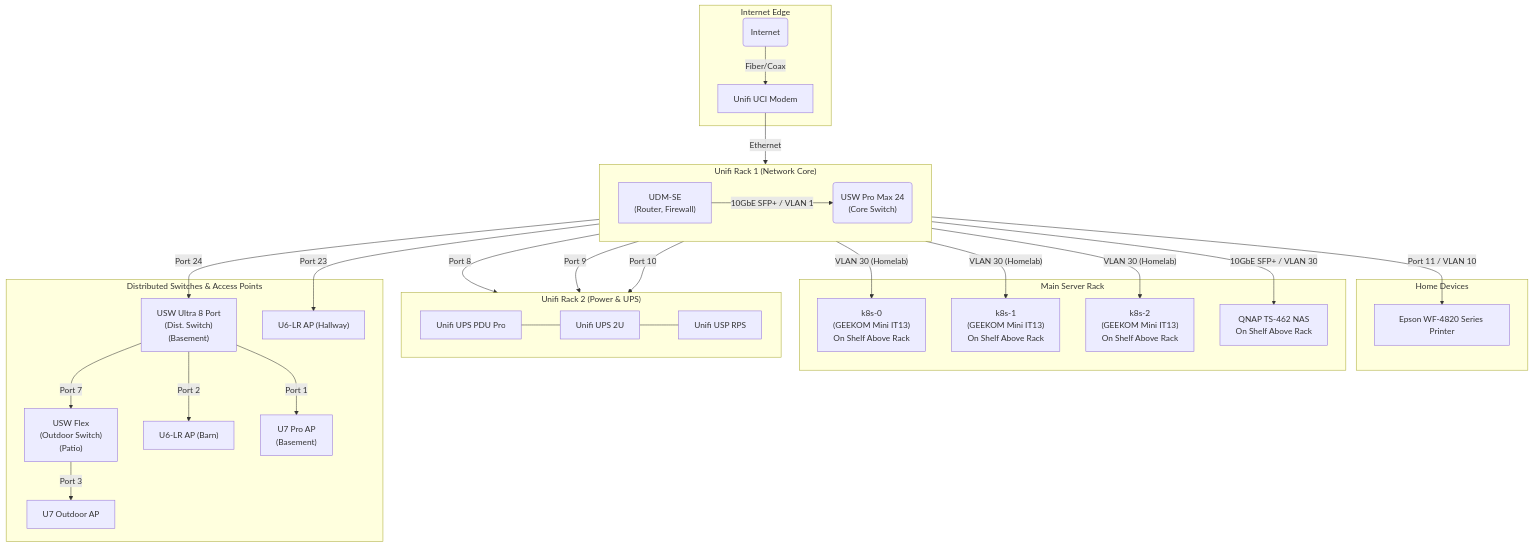
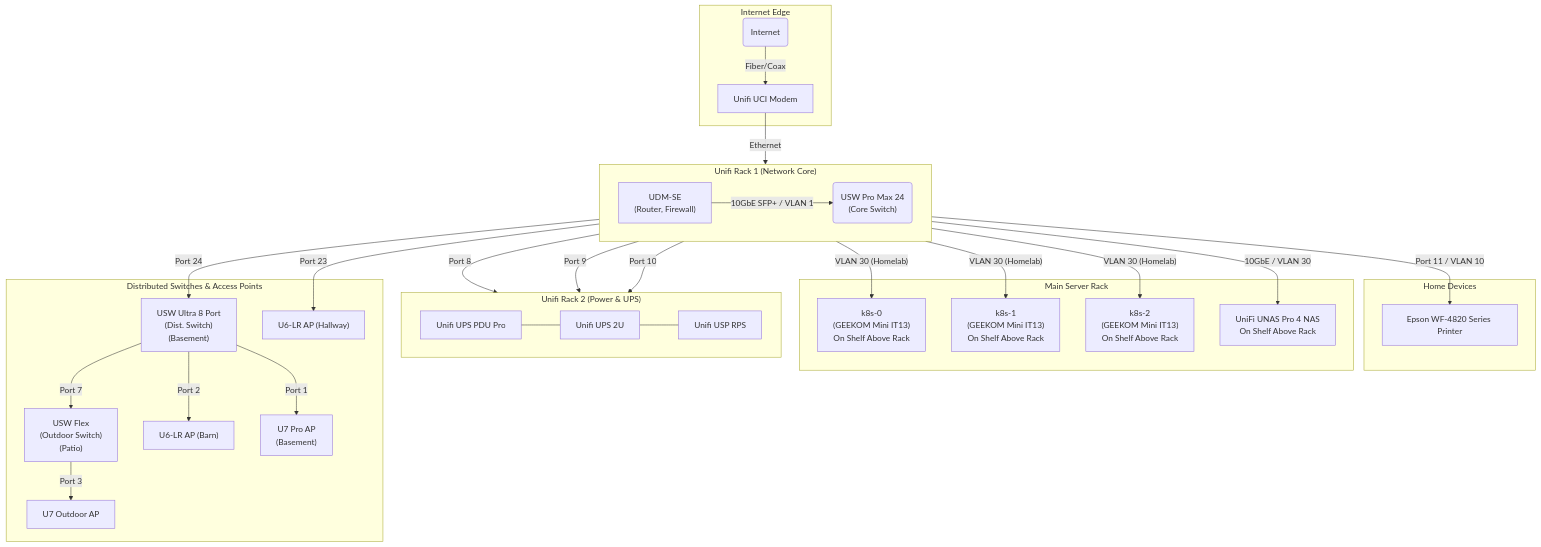
One commit to dmfrey/home-gitops changed the diagram in infrastructure.md. Above: the diagram before and after it, drawn with Mermaid. The commit also changed 3 other files, not shown here.

First line of the commit message:
docs(infra,homepage): reflect QNAP to UNAS Pro 4 NAS migration

```diff
--- a/infrastructure.md
+++ b/infrastructure.md
@@ -39,7 +39,7 @@
         k8s2["k8s-2
 (GEEKOM Mini IT13)
 On Shelf Above Rack"]
-        QNAP["QNAP TS-462 NAS
+        UNAS["UniFi UNAS Pro 4 NAS
 On Shelf Above Rack"]
     end
 
@@ -70,7 +70,7 @@
     USWPM24 -- "VLAN 30 (Homelab)" --> k8s0
     USWPM24 -- "VLAN 30 (Homelab)" --> k8s1
     USWPM24 -- "VLAN 30 (Homelab)" --> k8s2
-    USWPM24 -- "10GbE SFP+ / VLAN 30" --> QNAP
+    USWPM24 -- "10GbE / VLAN 30" --> UNAS
 
     USWPM24 -- "Port 8" --> UPS
     USWPM24 -- "Port 9" --> PDU
```
